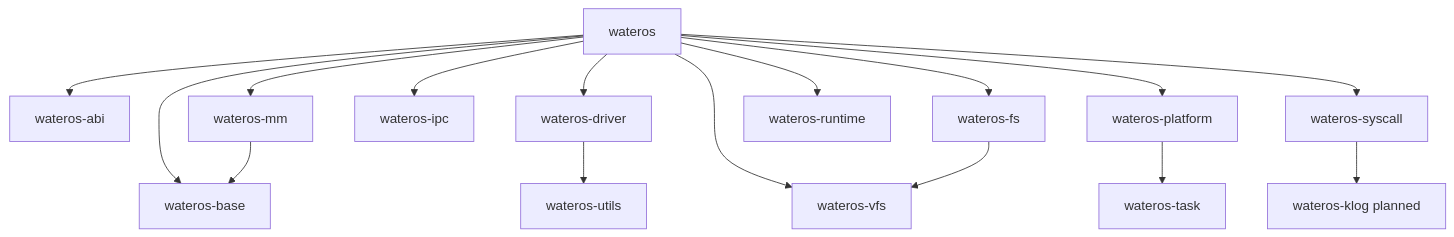
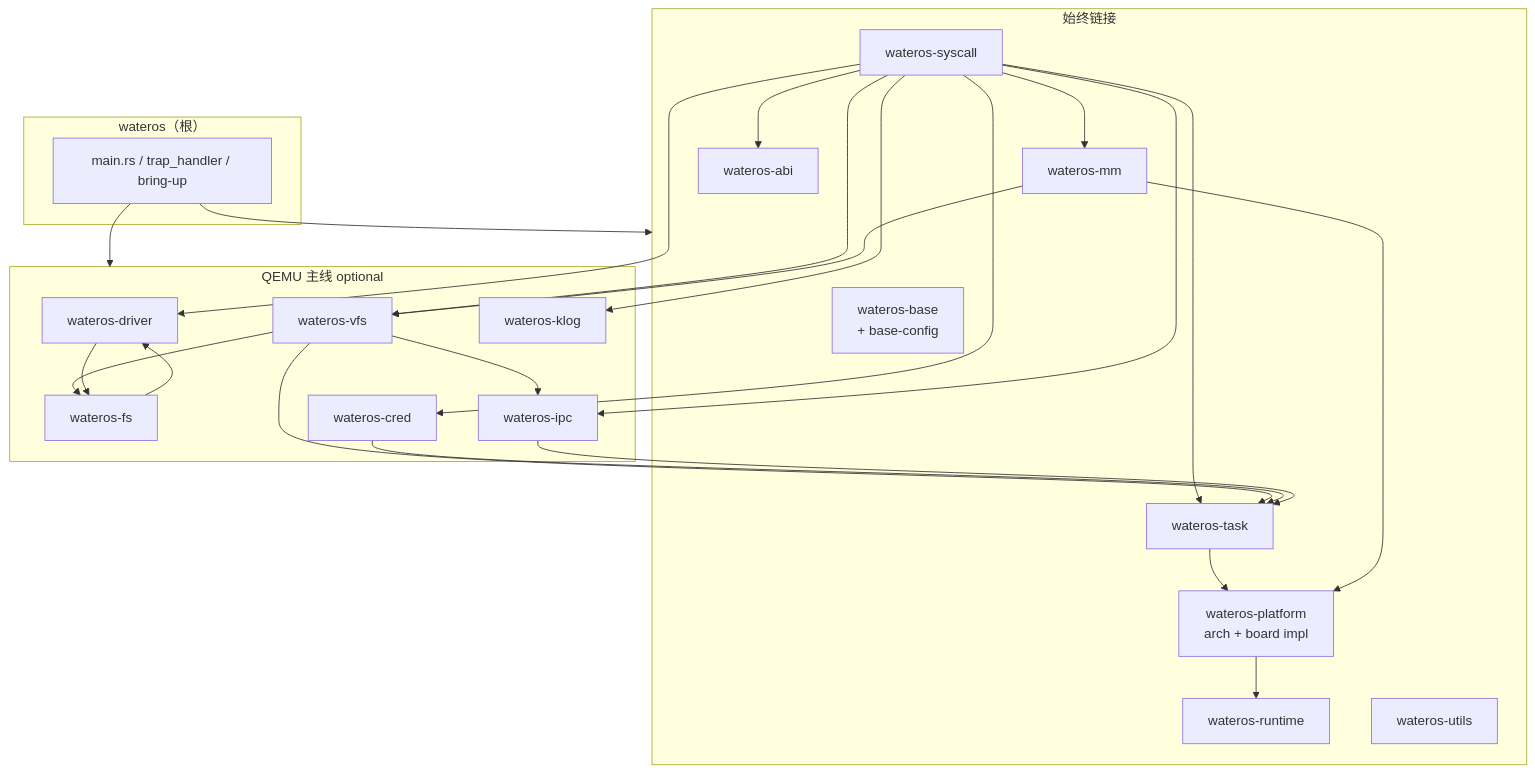
Before and after one commit to zhitian111/WaterOS: the first of 3 diagrams in docs/exports/architecture/components.md, drawn with Mermaid. The commit also changed other lines of this file and 239 other files, not shown here.

````diff
--- a/docs/exports/architecture/components.md
+++ b/docs/exports/architecture/components.md
@@ -3,34 +7,54 @@
 ```mermaid
-flowchart TD
-    wateros[wateros]
-    abi[wateros-abi]
-    base[wateros-base]
-    driver[wateros-driver]
-    fs[wateros-fs]
-    ipc[wateros-ipc]
-    mm[wateros-mm]
-    platform[wateros-platform]
-    runtime[wateros-runtime]
-    klog[wateros-klog planned]
-    syscall[wateros-syscall]
-    task[wateros-task]
-    utils[wateros-utils]
-    vfs[wateros-vfs]
+flowchart TB
+    subgraph root["wateros（根）"]
+        main["main.rs / trap_handler / bring-up"]
+    end
 
-    wateros --> abi
-    wateros --> base
-    wateros --> driver
-    wateros --> fs
-    wateros --> ipc
-    wateros --> mm
-    wateros --> platform
-    wateros --> runtime
-    wateros --> syscall
-    wateros --> vfs
-    syscall --> klog
+  subgraph always["始终链接"]
+    base["wateros-base<br/>+ base-config"]
+    platform["wateros-platform<br/>arch + board impl"]
+    runtime["wateros-runtime"]
+    mm["wateros-mm"]
+    task["wateros-task"]
+    syscall["wateros-syscall"]
+    abi["wateros-abi"]
+    utils["wateros-utils"]
+  end
 
-    platform --> task
-    driver --> utils
-    mm --> base
-    fs --> vfs
+  subgraph qemu["QEMU 主线 optional"]
+    driver["wateros-driver"]
+    fs["wateros-fs"]
+    vfs["wateros-vfs"]
+    ipc["wateros-ipc"]
+    cred["wateros-cred"]
+    klog["wateros-klog"]
+  end
+
+  main --> always
+  main --> qemu
+
+  syscall --> abi
+  syscall --> task
+  syscall --> mm
+  syscall --> vfs
+  syscall --> ipc
+  syscall --> cred
+  syscall --> klog
+  syscall --> driver
+
+  vfs --> fs
+  vfs --> task
+  vfs --> ipc
+
+  fs --> driver
+
+  cred --> task
+  ipc --> task
+
+  mm --> vfs
+  driver --> fs
+
+  platform --> runtime
+  task --> platform
+  mm --> platform
 ```
````
